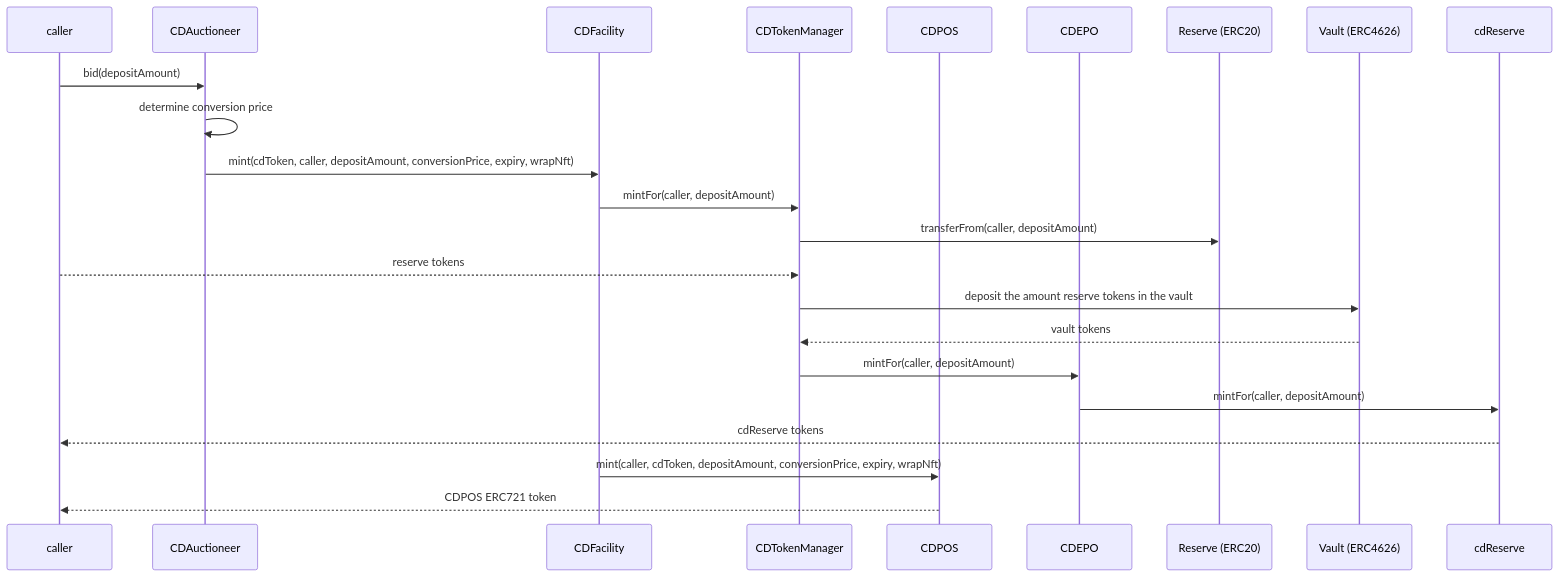
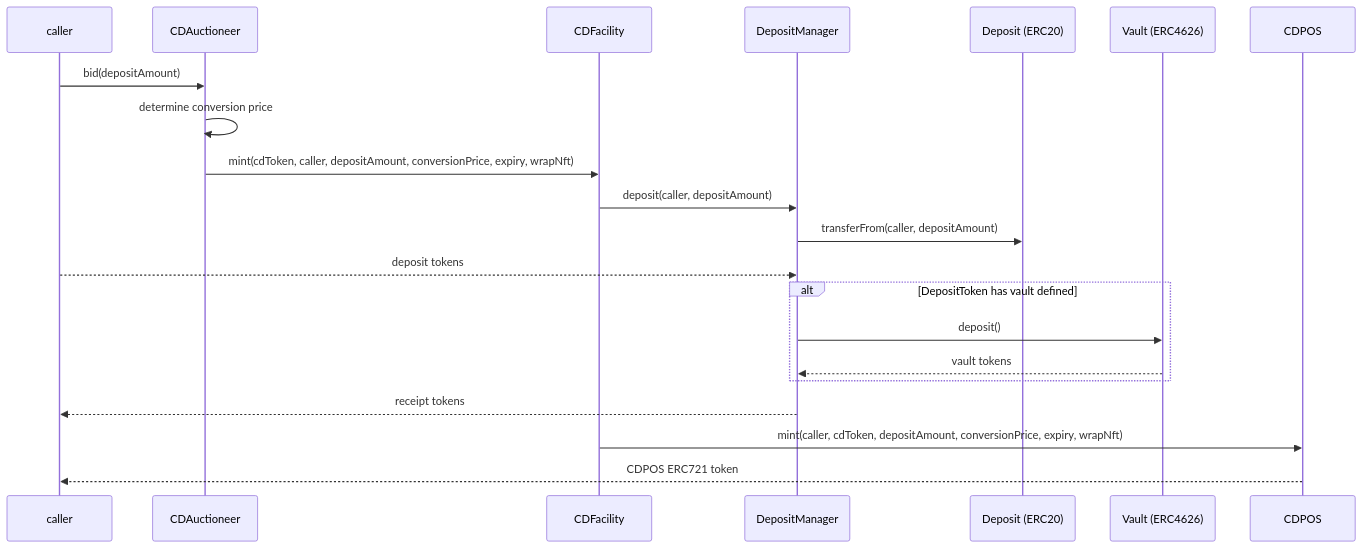
The third of 7 diagrams in audit/2025-01_convertible-deposits/README.md (OlympusDAO/olympus-v3), drawn with Mermaid before and after one commit. The commit also changed other lines of this file, not shown here.

````diff
--- a/audit/2025-01_convertible-deposits/README.md
+++ b/audit/2025-01_convertible-deposits/README.md
@@ -259,26 +259,24 @@
 ```mermaid
 sequenceDiagram
     participant caller
     participant CDAuctioneer
     participant CDFacility
-    participant CDTokenManager
+    participant DepositManager
+    participant DepositToken as Deposit (ERC20)
+    participant VaultToken as Vault (ERC4626)
     participant CDPOS
-    participant CDEPO
-    participant ReserveToken as Reserve (ERC20)
-    participant VaultToken as Vault (ERC4626)
-    participant cdReserve
 
     caller->>CDAuctioneer: bid(depositAmount)
     CDAuctioneer->>CDAuctioneer: determine conversion price
     CDAuctioneer->>CDFacility: mint(cdToken, caller, depositAmount, conversionPrice, expiry, wrapNft)
-    CDFacility->>CDTokenManager: mintFor(caller, depositAmount)
-    CDTokenManager->>ReserveToken: transferFrom(caller, depositAmount)
-    caller-->>CDTokenManager: reserve tokens
-    CDTokenManager->>VaultToken: deposit the amount reserve tokens in the vault
-    VaultToken-->>CDTokenManager: vault tokens
-    CDTokenManager->>CDEPO: mintFor(caller, depositAmount)
-    CDEPO->>cdReserve: mintFor(caller, depositAmount)
-    cdReserve-->>caller: cdReserve tokens
+    CDFacility->>DepositManager: deposit(caller, depositAmount)
+    DepositManager->>DepositToken: transferFrom(caller, depositAmount)
+    caller-->>DepositManager: deposit tokens
+    alt DepositToken has vault defined
+        DepositManager->>VaultToken: deposit()
+        VaultToken-->>DepositManager: vault tokens
+    end
+    DepositManager-->>caller: receipt tokens
     CDFacility->>CDPOS: mint(caller, cdToken, depositAmount, conversionPrice, expiry, wrapNft)
     CDPOS-->>caller: CDPOS ERC721 token
 ```
````
